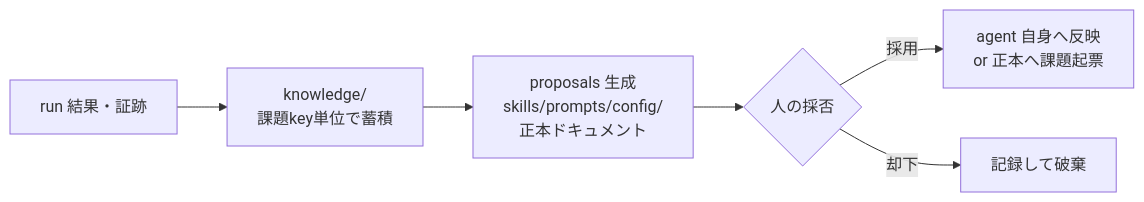
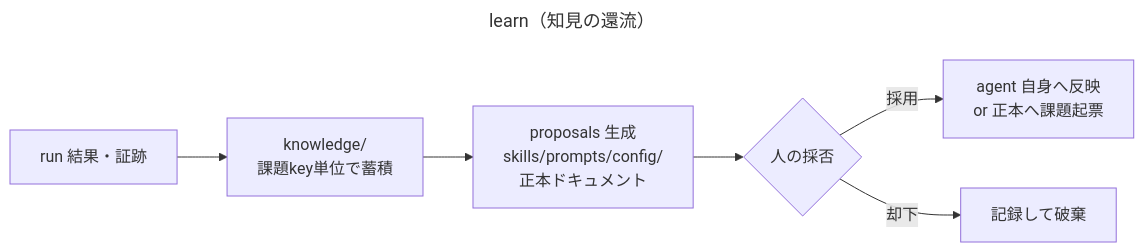
One commit to yamamoto-ryuzo/kasugai_agent changed the fifth of 10 diagrams in README.md. Above: the diagram before and after it, drawn with Mermaid. The commit also changed other lines of this file and 58 other files, not shown here.

First line of the commit message:
パネル機能拡充（i18n・マニュアル配信・git操作・マルチリポジトリ）と src 責務分割、mermaid 図の正本を diagrams/*.mmd に集約

````diff
--- a/README.md
+++ b/README.md
@@ -190,8 +220,11 @@
 ```mermaid
+---
+title: learn（知見の還流）
+---
 flowchart LR
     RUN[run 結果・証跡] --> KN[knowledge/<br/>課題key単位で蓄積]
     KN --> PROP[proposals 生成<br/>skills/prompts/config/<br/>正本ドキュメント]
     PROP --> HUMAN{人の採否}
     HUMAN -->|採用| SELF[agent 自身へ反映<br/>or 正本へ課題起票]
     HUMAN -->|却下| DROP[記録して破棄]
 ```
````
